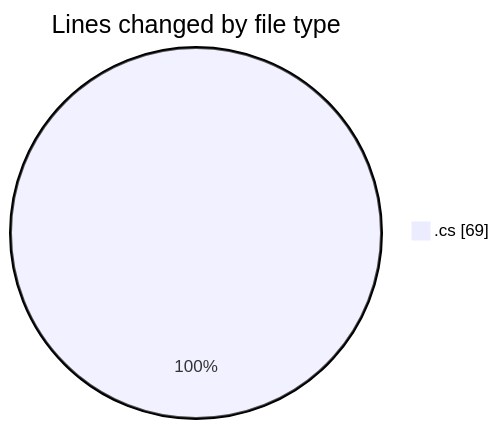
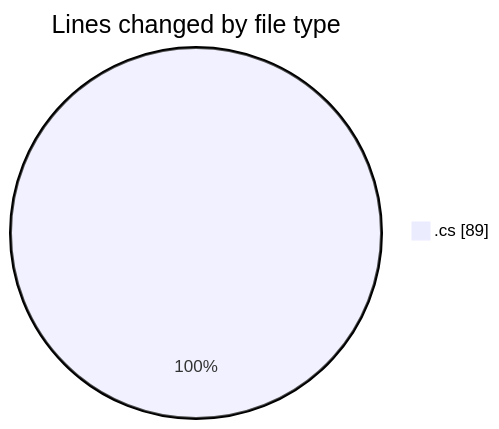
The first of 2 diagrams in 2025-04-02/back-end/README.md (Netris89/code-tracking), drawn with Mermaid before and after one commit. The commit also changed other lines of this file and 1 other file, not shown here.

````diff
--- a/2025-04-02/back-end/README.md
+++ b/2025-04-02/back-end/README.md
@@ -20,5 +20,5 @@
 ```mermaid
 pie showData
 title Lines changed by file type
-".cs" : 69
+".cs" : 89
 ```
````
